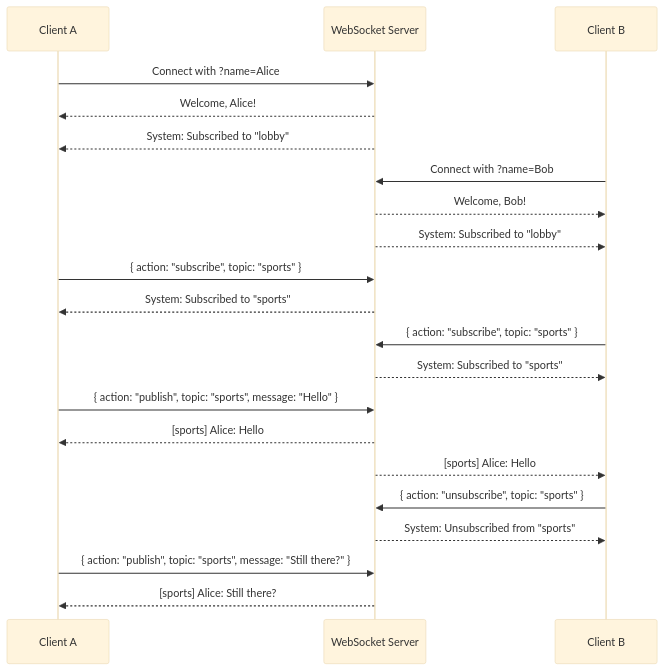
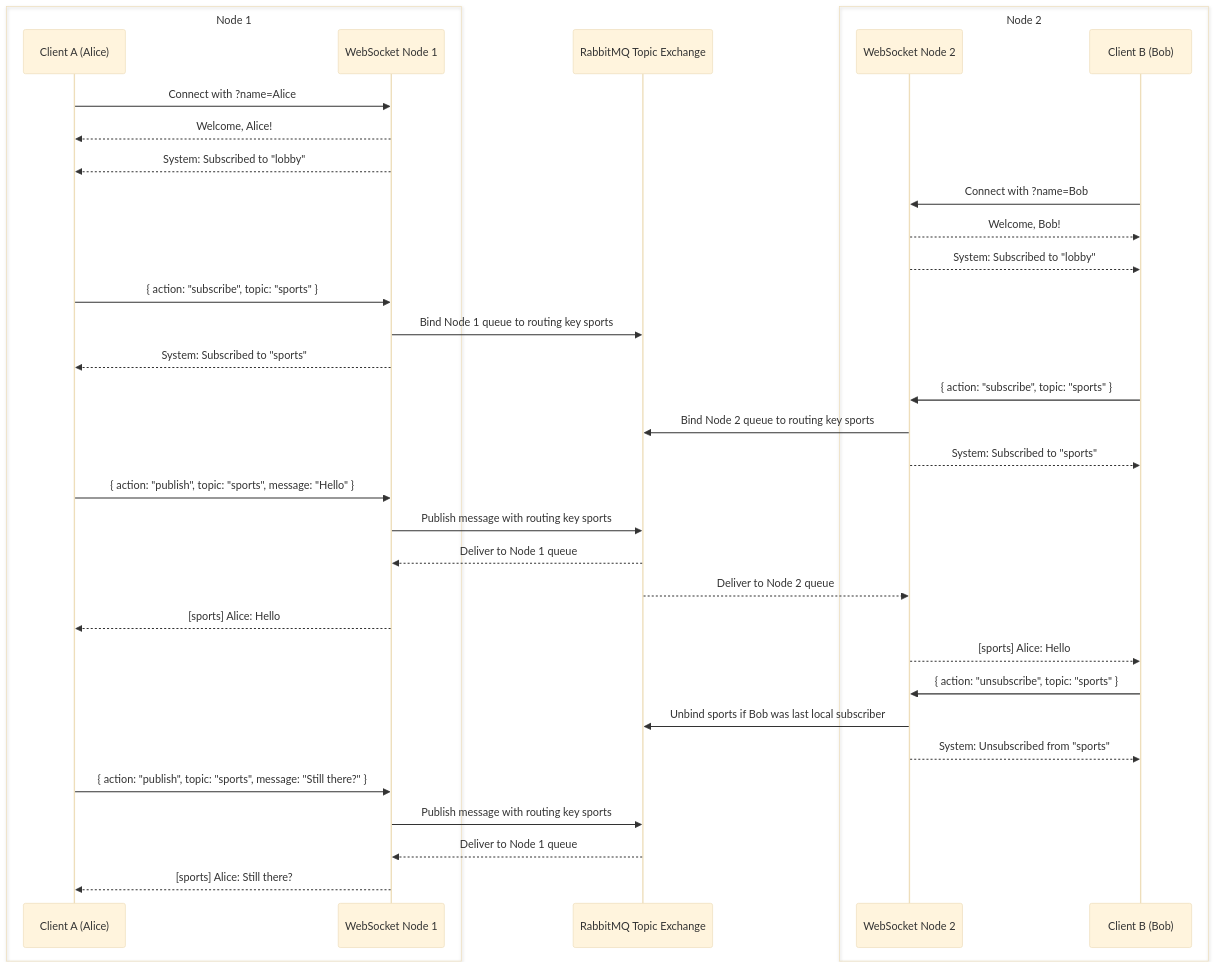
Before and after one commit to Tarun-Elango/Node-WebSocket-Server-with-RabbitMQ: the diagram in Readme.md, drawn with Mermaid (base theme). The commit also changed other lines of this file, not shown here.

````diff
--- a/Readme.md
+++ b/Readme.md
@@ -130,30 +113,46 @@
 ```mermaid
 sequenceDiagram
-        participant A as Client A
-        participant S as WebSocket Server
-        participant B as Client B
+        box Node 1
+            participant A as Client A (Alice)
+            participant S1 as WebSocket Node 1
+        end
 
-        A->>S: Connect with ?name=Alice
-        S-->>A: Welcome, Alice!
-        S-->>A: System: Subscribed to "lobby"
+        participant MQ as RabbitMQ Topic Exchange
 
-        B->>S: Connect with ?name=Bob
-        S-->>B: Welcome, Bob!
-        S-->>B: System: Subscribed to "lobby"
+        box Node 2
+            participant S2 as WebSocket Node 2
+            participant B as Client B (Bob)
+        end
 
-        A->>S: { action: "subscribe", topic: "sports" }
-        S-->>A: System: Subscribed to "sports"
+        A->>S1: Connect with ?name=Alice
+        S1-->>A: Welcome, Alice!
+        S1-->>A: System: Subscribed to "lobby"
 
-        B->>S: { action: "subscribe", topic: "sports" }
-        S-->>B: System: Subscribed to "sports"
+        B->>S2: Connect with ?name=Bob
+        S2-->>B: Welcome, Bob!
+        S2-->>B: System: Subscribed to "lobby"
 
-        A->>S: { action: "publish", topic: "sports", message: "Hello" }
-        S-->>A: [sports] Alice: Hello
-        S-->>B: [sports] Alice: Hello
+        A->>S1: { action: "subscribe", topic: "sports" }
+        S1->>MQ: Bind Node 1 queue to routing key sports
+        S1-->>A: System: Subscribed to "sports"
 
-        B->>S: { action: "unsubscribe", topic: "sports" }
-        S-->>B: System: Unsubscribed from "sports"
+        B->>S2: { action: "subscribe", topic: "sports" }
+        S2->>MQ: Bind Node 2 queue to routing key sports
+        S2-->>B: System: Subscribed to "sports"
 
-        A->>S: { action: "publish", topic: "sports", message: "Still there?" }
-        S-->>A: [sports] Alice: Still there?
+        A->>S1: { action: "publish", topic: "sports", message: "Hello" }
+        S1->>MQ: Publish message with routing key sports
+        MQ-->>S1: Deliver to Node 1 queue
+        MQ-->>S2: Deliver to Node 2 queue
+        S1-->>A: [sports] Alice: Hello
+        S2-->>B: [sports] Alice: Hello
+
+        B->>S2: { action: "unsubscribe", topic: "sports" }
+        S2->>MQ: Unbind sports if Bob was last local subscriber
+        S2-->>B: System: Unsubscribed from "sports"
+
+        A->>S1: { action: "publish", topic: "sports", message: "Still there?" }
+        S1->>MQ: Publish message with routing key sports
+        MQ-->>S1: Deliver to Node 1 queue
+        S1-->>A: [sports] Alice: Still there?
 ```
````
